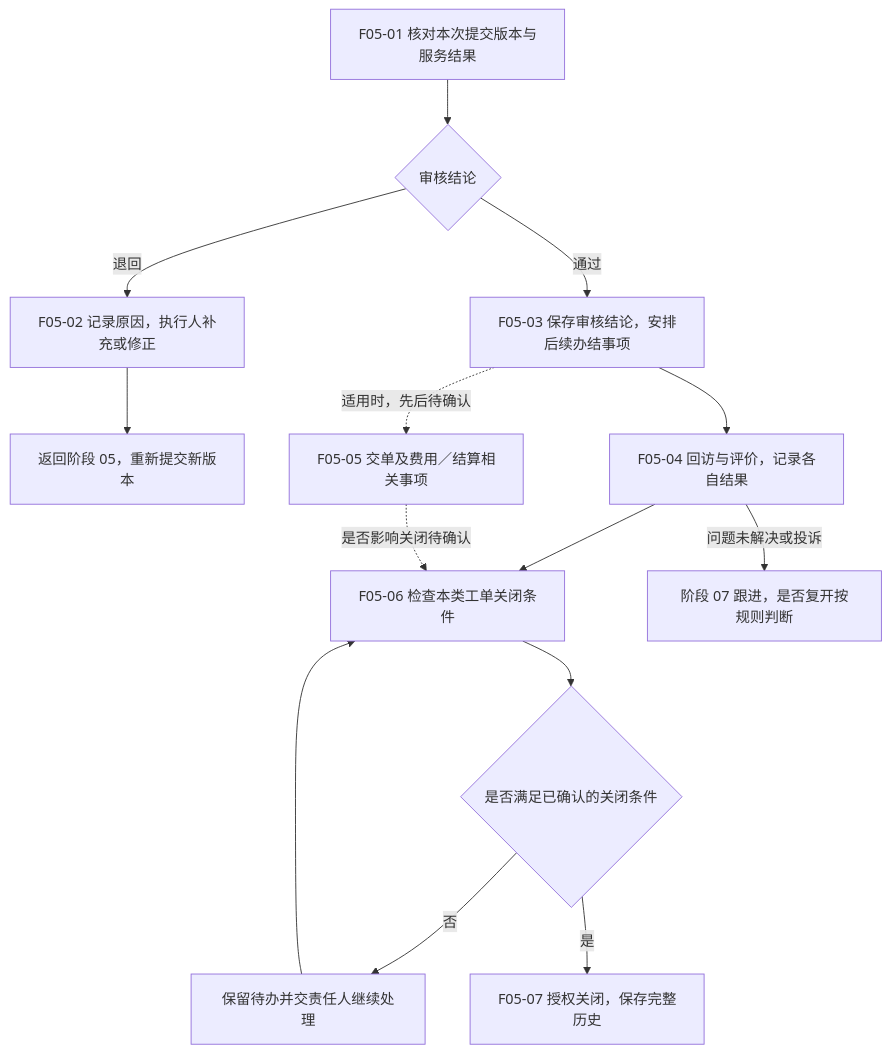
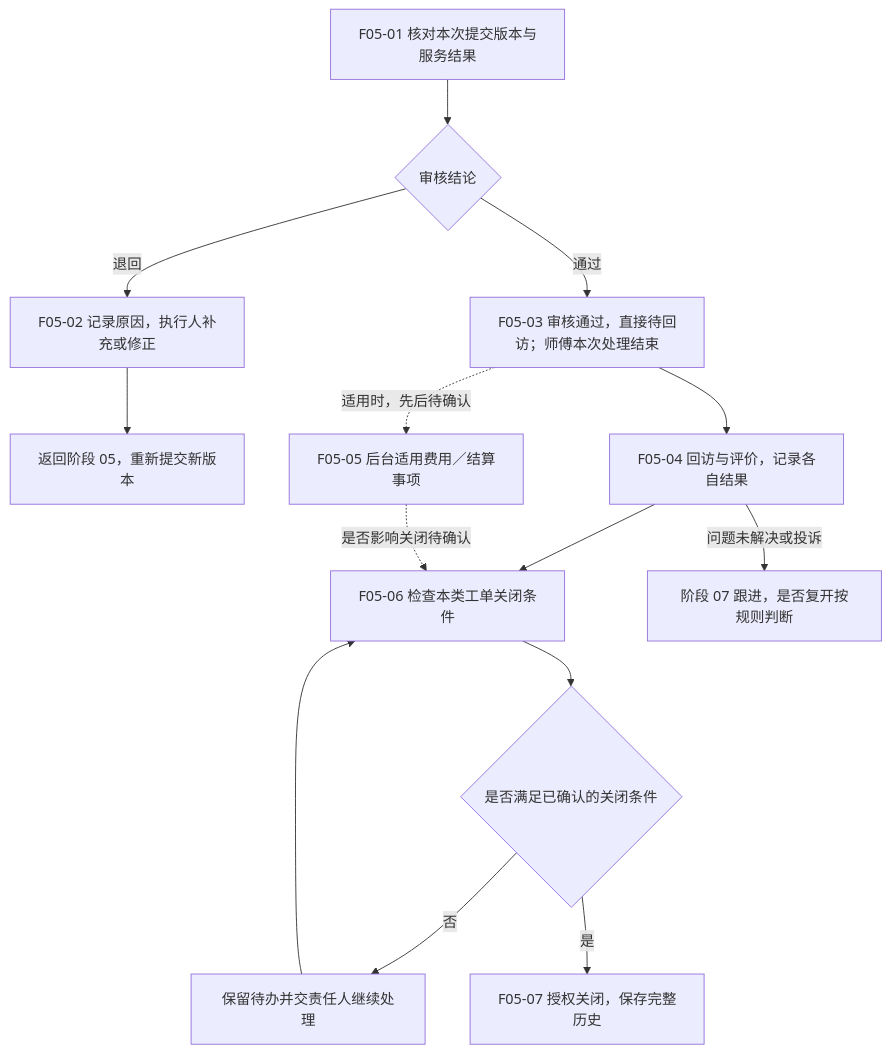
Before and after one commit to zhiyuan23/toto-after-sales-docs: the diagram in 05-业务流程/06-完工审核与回访关闭.md, drawn with Mermaid. The commit also changed other lines of this file and 12 other files, not shown here.

````diff
--- a/05-业务流程/06-完工审核与回访关闭.md
+++ b/05-业务流程/06-完工审核与回访关闭.md
@@ -16,16 +18,16 @@
 ```mermaid
 flowchart TD
     F05_01[F05-01 核对本次提交版本与服务结果] --> A{审核结论}
     A -->|退回| F05_02[F05-02 记录原因，执行人补充或修正]
     F05_02 --> RETURN[返回阶段 05，重新提交新版本]
-    A -->|通过| F05_03[F05-03 保存审核结论，安排后续办结事项]
+    A -->|通过| F05_03[F05-03 审核通过，直接待回访；师傅本次处理结束]
     F05_03 --> F05_04[F05-04 回访与评价，记录各自结果]
-    F05_03 -. 适用时，先后待确认 .-> F05_05[F05-05 交单及费用／结算相关事项]
+    F05_03 -. 适用时，先后待确认 .-> F05_05[F05-05 后台适用费用／结算事项]
     F05_04 --> F05_06[F05-06 检查本类工单关闭条件]
     F05_05 -. 是否影响关闭待确认 .-> F05_06
     F05_06 --> B{是否满足已确认的关闭条件}
     B -->|否| HOLD[保留待办并交责任人继续处理]
     HOLD --> F05_06
     B -->|是| F05_07[F05-07 授权关闭，保存完整历史]
     F05_04 -->|问题未解决或投诉| EX[阶段 07 跟进，是否复开按规则判断]
 ```
````
